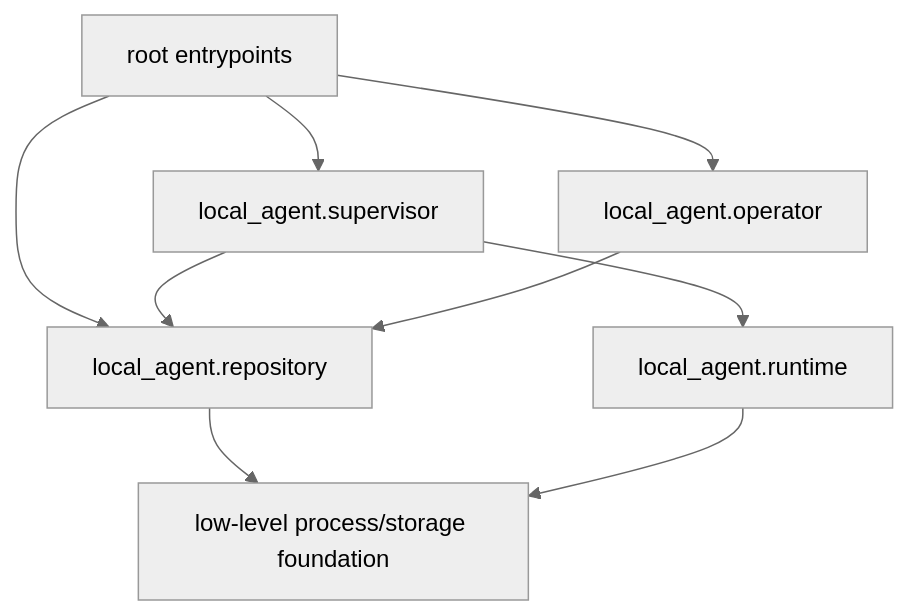
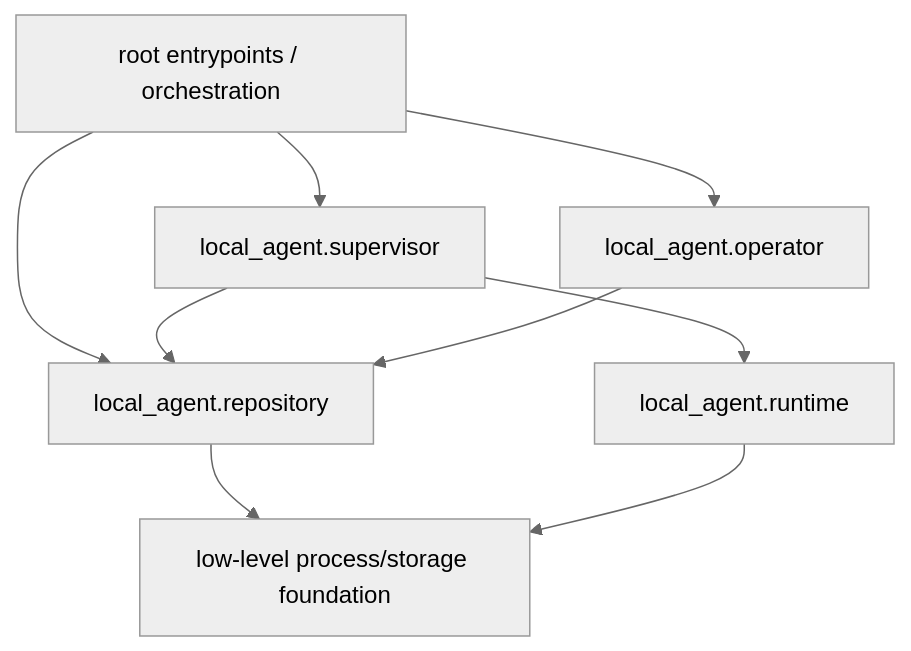
The second of 4 diagrams in docs/ARCHITECTURE.md (MichalMatu/local-agent), drawn with Mermaid (neutral theme) before and after one commit. The commit also changed other lines of this file, not shown here.

Commit message:
Align architecture docs with v4.16 package ownership

````diff
--- a/docs/ARCHITECTURE.md
+++ b/docs/ARCHITECTURE.md
@@ -85,11 +88,11 @@
 ```mermaid
 flowchart TD
-    Entry["root entrypoints"] --> SupervisorPkg["local_agent.supervisor"]
+    Entry["root entrypoints / orchestration"] --> SupervisorPkg["local_agent.supervisor"]
     Entry --> OperatorPkg["local_agent.operator"]
     Entry --> RepositoryPkg["local_agent.repository"]
     SupervisorPkg --> RepositoryPkg
     SupervisorPkg --> RuntimePkg["local_agent.runtime"]
     OperatorPkg --> RepositoryPkg
     RepositoryPkg --> Foundation["low-level process/storage foundation"]
     RuntimePkg --> Foundation
 ```
````
